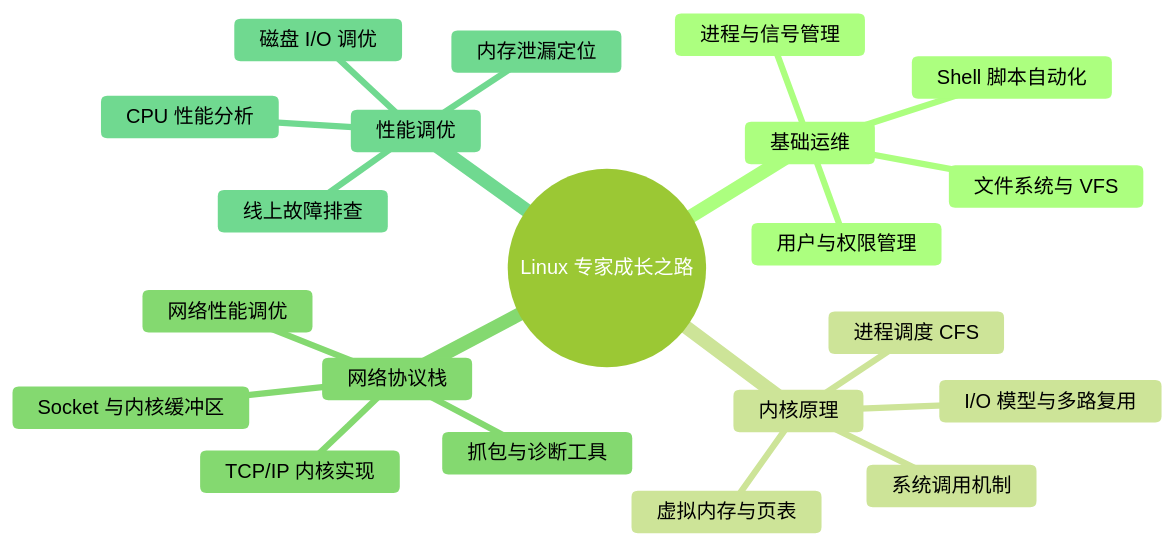
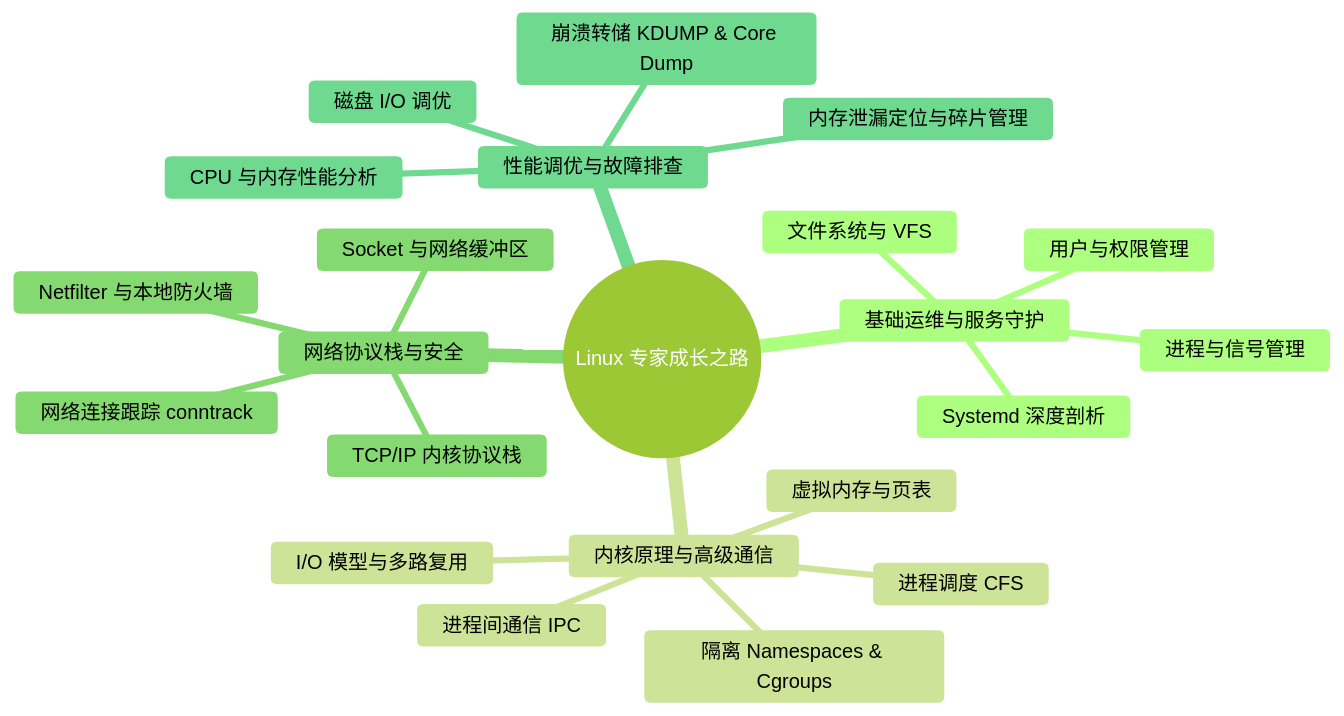
One commit to Aiden-Coding/AiDocs changed the diagram in docs/linux/0-readme.md. Above: the diagram before and after it, drawn with Mermaid (forest theme). The commit also changed other lines of this file and 7 other files, not shown here.

````diff
--- a/docs/linux/0-readme.md
+++ b/docs/linux/0-readme.md
@@ -17,24 +17,25 @@
 ```mermaid
 mindmap
   root((Linux 专家成长之路))
-    基础运维
+    基础运维与服务守护
       文件系统与 VFS
       用户与权限管理
       进程与信号管理
-      Shell 脚本自动化
-    内核原理
+      Systemd 深度剖析
+    内核原理与高级通信
       I/O 模型与多路复用
       虚拟内存与页表
       进程调度 CFS
-      系统调用机制
-    网络协议栈
-      TCP/IP 内核实现
-      Socket 与内核缓冲区
-      网络性能调优
-      抓包与诊断工具
-    性能调优
-      CPU 性能分析
-      内存泄漏定位
+      隔离 Namespaces & Cgroups
+      进程间通信 IPC
+    网络协议栈与安全
+      TCP/IP 内核协议栈
+      Socket 与网络缓冲区
+      Netfilter 与本地防火墙
+      网络连接跟踪 conntrack
+    性能调优与故障排查
+      CPU 与内存性能分析
+      内存泄漏定位与碎片管理
       磁盘 I/O 调优
-      线上故障排查
+      崩溃转储 KDUMP & Core Dump
 ```
````
